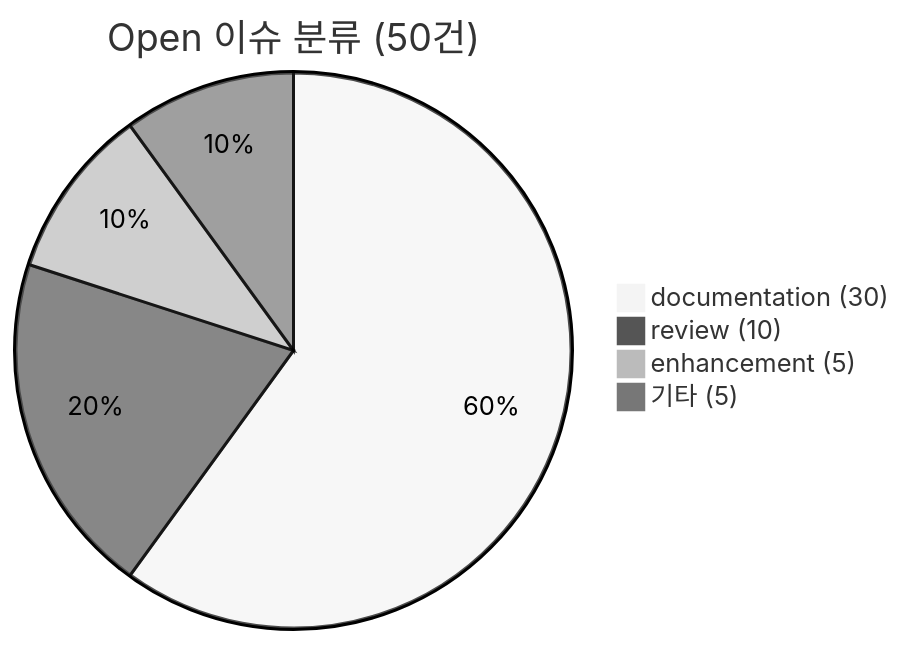
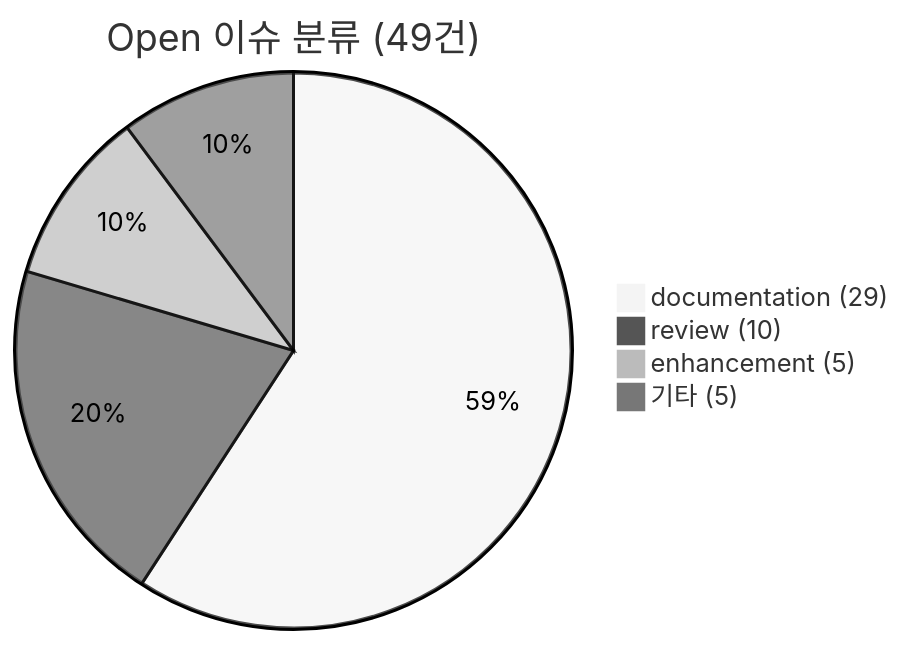
One commit to holee9/MD-process changed the fourth of 4 diagrams in README.md. Above: the diagram before and after it, drawn with Mermaid (neutral theme). The commit also changed other lines of this file, not shown here.

````diff
--- a/README.md
+++ b/README.md
@@ -176,7 +177,7 @@
 ```mermaid
-pie title Open 이슈 분류 (50건)
-    "documentation (30)" : 30
+pie title Open 이슈 분류 (49건)
+    "documentation (29)" : 29
     "review (10)" : 10
     "enhancement (5)" : 5
     "기타 (5)" : 5
 ```
````
